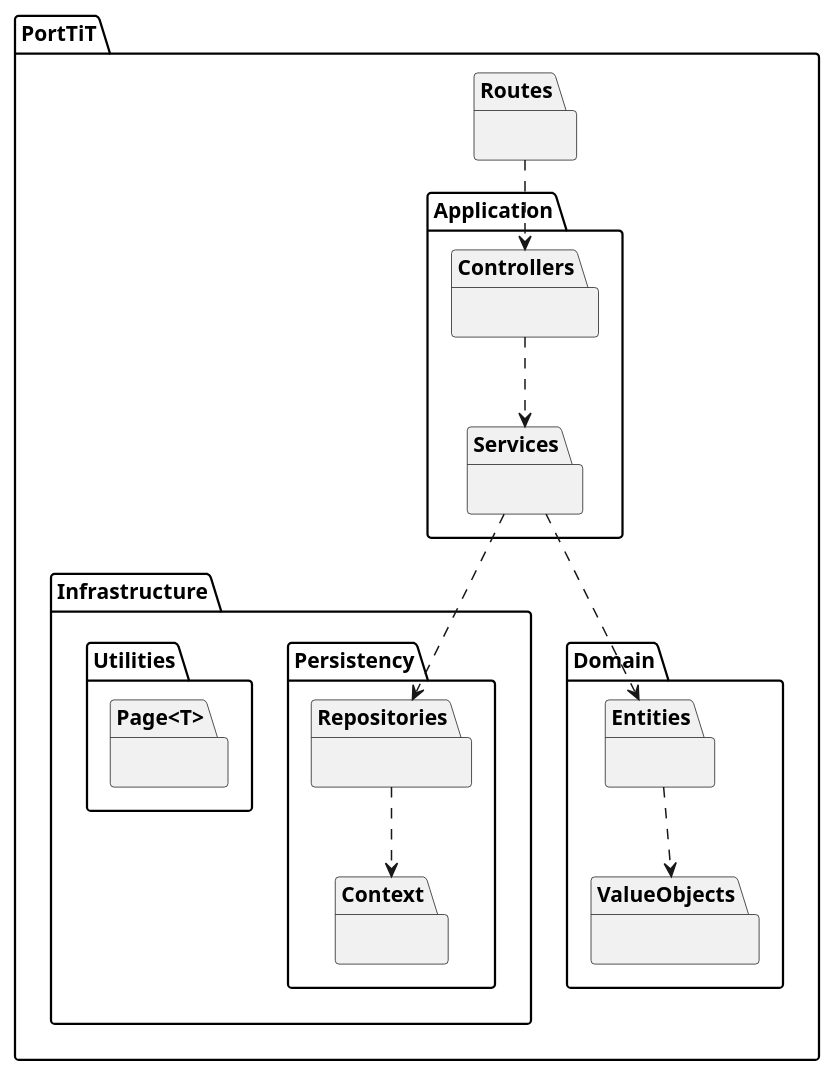
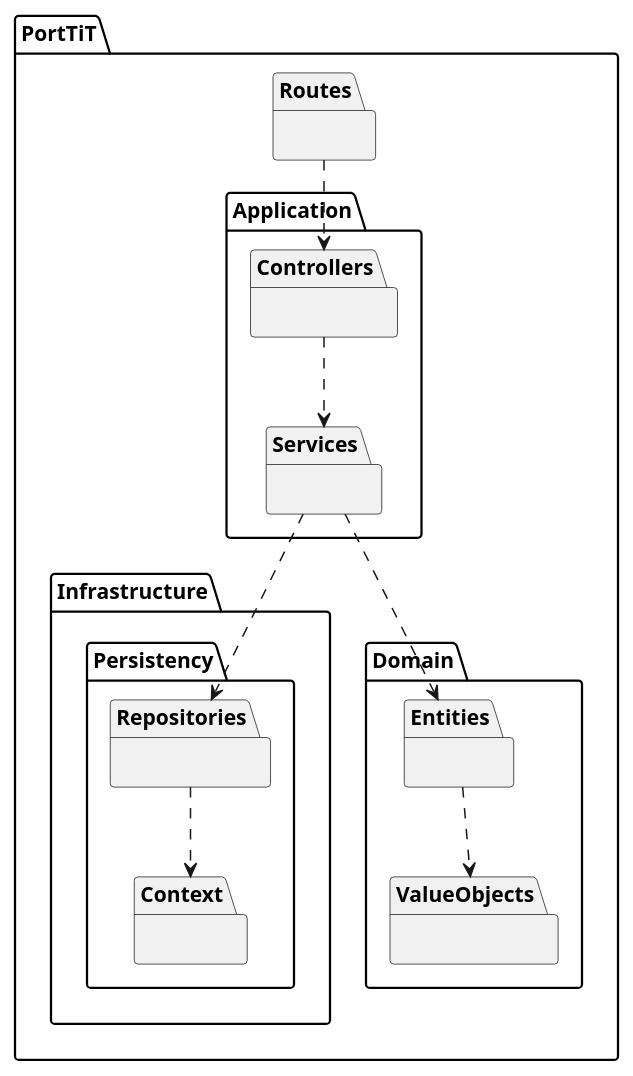
Before and after one commit to BernasDzn/portit: the diagram in docs/sprint_1/global_artifacts/arquitecture/level_4/implementation_views/l4_implementation_view_1.puml, drawn with PlantUML. The commit also changed 1 other file, not shown here.

```diff
--- a/docs/sprint_1/global_artifacts/arquitecture/level_4/implementation_views/l4_implementation_view_1.puml
+++ b/docs/sprint_1/global_artifacts/arquitecture/level_4/implementation_views/l4_implementation_view_1.puml
@@ -1,61 +1,54 @@
 @startuml implementationview_n4
 skinparam Linetype polyline
 
 package "PortTiT" {
 
     package "Routes" as rt {
 
     }
 
     package "Application" {
         package "Controllers" as controller {
 
         }
 
         package "Services" as service{
 
         }
     }
 
     package "Infrastructure"{
 
         package "Persistency" {
 
             package "Repositories" as repo {
 
             }
 
             package "Context" as ctx {
 
             }
         }
-
-        package "Utilities" {
-
-            package "Page<T>" as page {
-
-            }
-        }
     }
 
     package "Domain"{
         package "Entities" as ent {
 
         }
 
         package "ValueObjects" as vo {
 
         }
     }
 }
 
 controller ..> service
 service ..> repo
 service ..> ent
 
 ent ..> vo
 
 repo ..> ctx
 rt ..> controller
 
 @enduml
```
